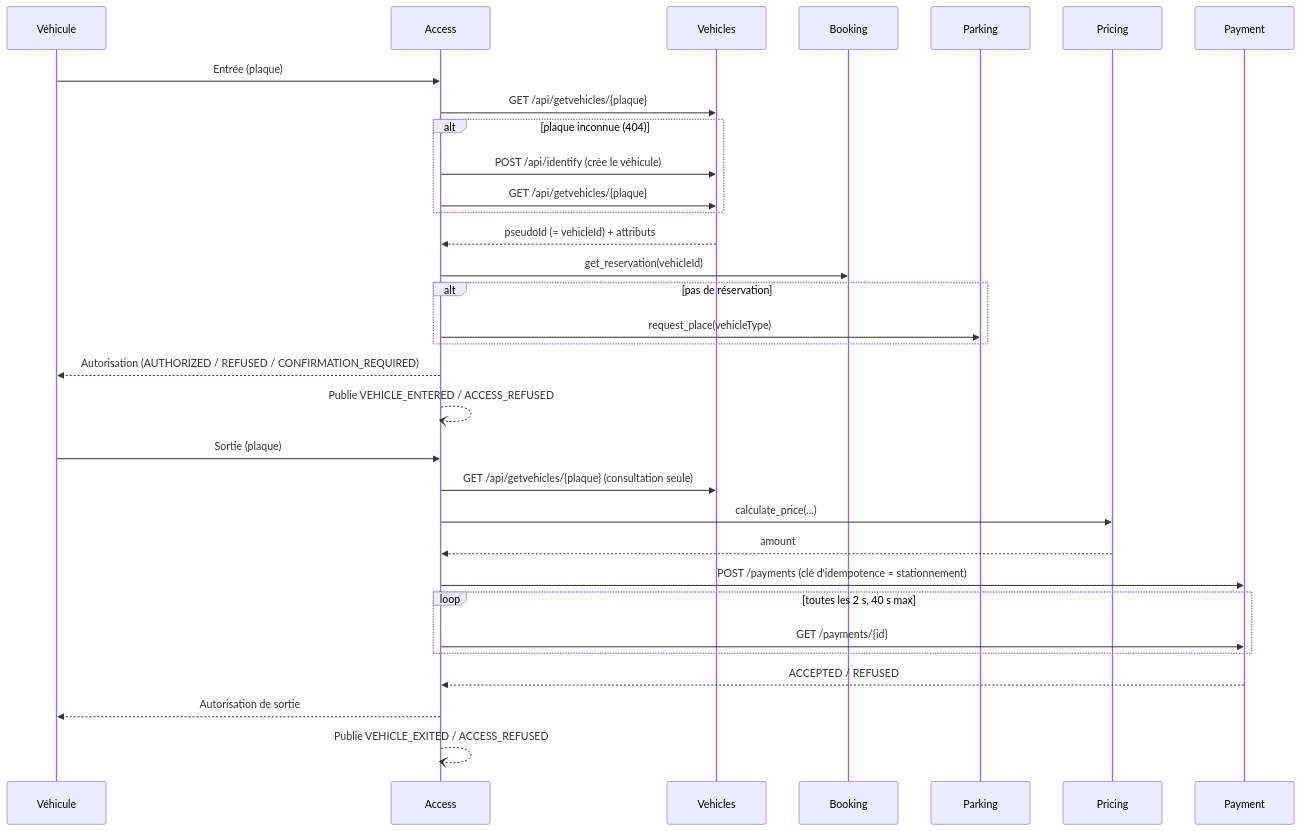
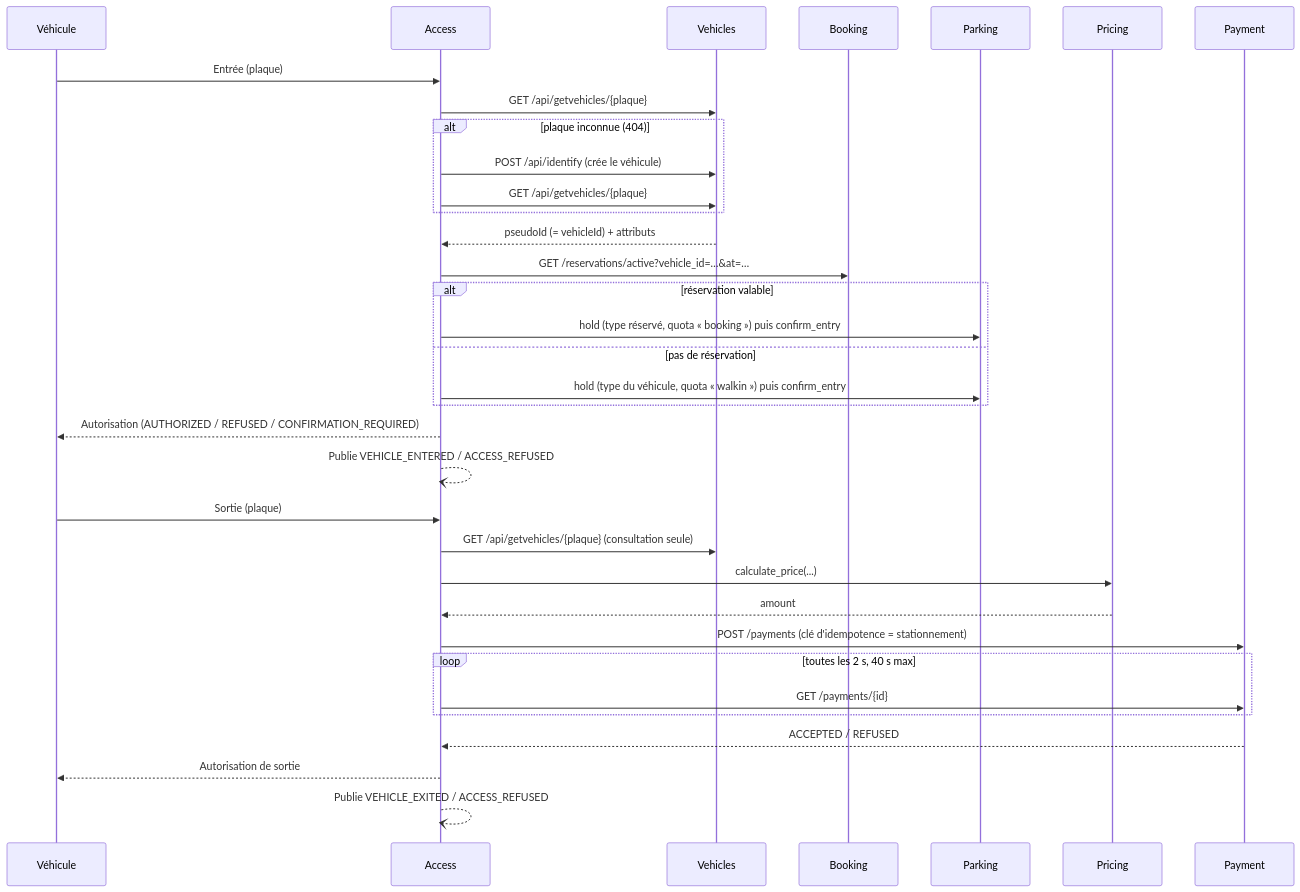
The diagram in README.md (DenisDMU/access-parking), drawn with Mermaid before and after one commit. The commit also changed other lines of this file and 28 other files, not shown here.

First line of the commit message:
feat(booking): Booking réel, réservation payée d'avance respectée (4.6.0)

````diff
--- a/README.md
+++ b/README.md
@@ -128,36 +128,38 @@
 ```mermaid
 sequenceDiagram
     participant V as Véhicule
     participant A as Access
     participant Ve as Vehicles
     participant B as Booking
     participant P as Parking
     participant Pr as Pricing
     participant Pa as Payment
 
     V->>A: Entrée (plaque)
     A->>Ve: GET /api/getvehicles/{plaque}
     alt plaque inconnue (404)
         A->>Ve: POST /api/identify (crée le véhicule)
         A->>Ve: GET /api/getvehicles/{plaque}
     end
     Ve-->>A: pseudoId (= vehicleId) + attributs
-    A->>B: get_reservation(vehicleId)
-    alt pas de réservation
-        A->>P: request_place(vehicleType)
+    A->>B: GET /reservations/active?vehicle_id=…&at=…
+    alt réservation valable
+        A->>P: hold (type réservé, quota « booking ») puis confirm_entry
+    else pas de réservation
+        A->>P: hold (type du véhicule, quota « walkin ») puis confirm_entry
     end
     A-->>V: Autorisation (AUTHORIZED / REFUSED / CONFIRMATION_REQUIRED)
     A--)A: Publie VEHICLE_ENTERED / ACCESS_REFUSED
 
     V->>A: Sortie (plaque)
     A->>Ve: GET /api/getvehicles/{plaque} (consultation seule)
     A->>Pr: calculate_price(...)
     Pr-->>A: amount
     A->>Pa: POST /payments (clé d'idempotence = stationnement)
     loop toutes les 2 s, 40 s max
         A->>Pa: GET /payments/{id}
     end
     Pa-->>A: ACCEPTED / REFUSED
     A-->>V: Autorisation de sortie
     A--)A: Publie VEHICLE_EXITED / ACCESS_REFUSED
 ```
````
